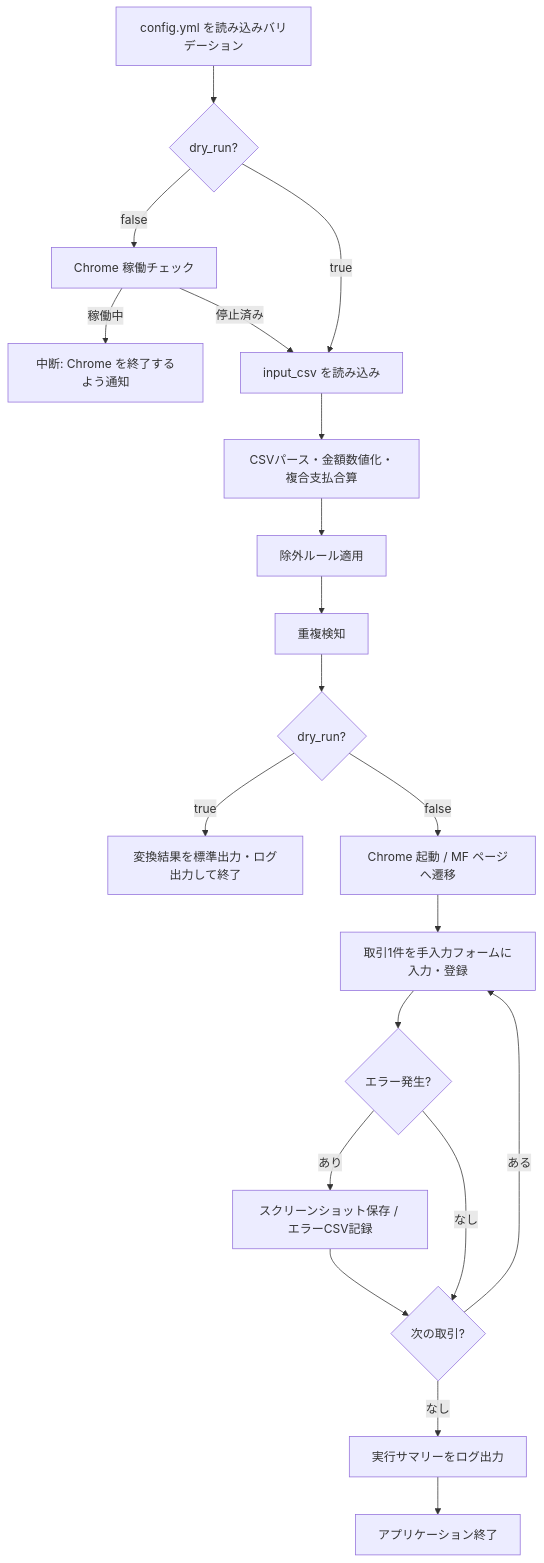
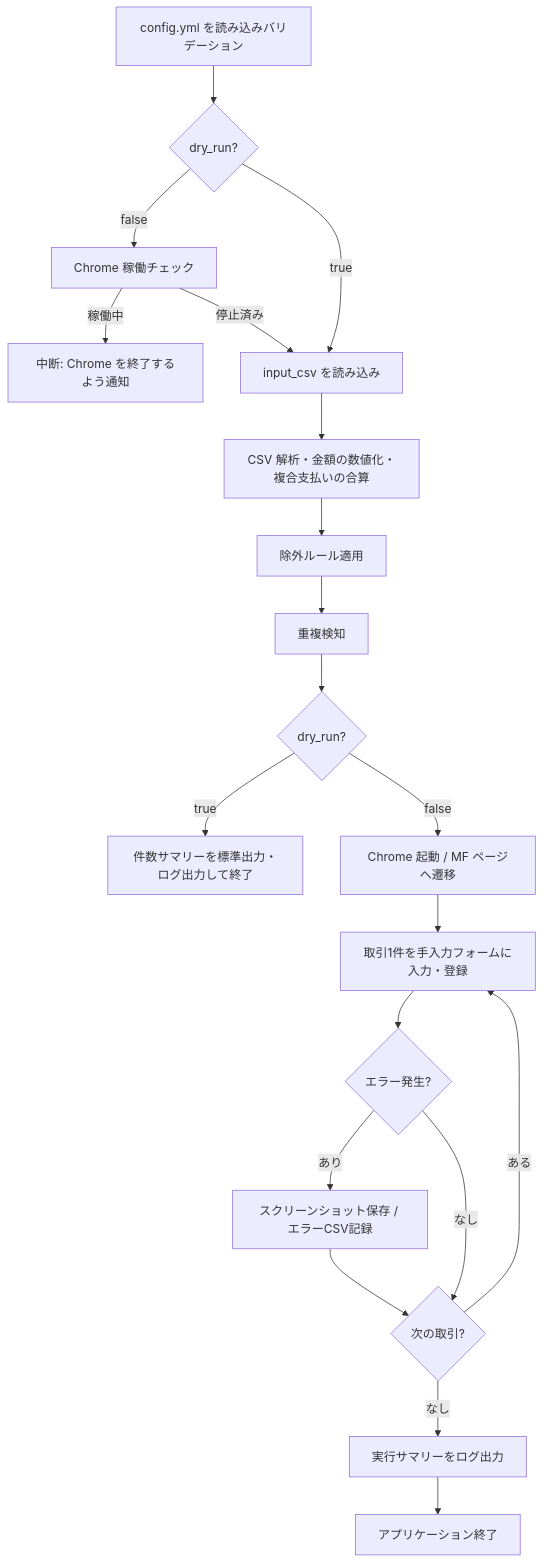
Before and after one commit to Shinoryo/PayPay2MF: the diagram in README.md, drawn with Mermaid. The commit also changed other lines of this file and 47 other files, not shown here.

````diff
--- a/README.md
+++ b/README.md
@@ -170,22 +292,22 @@
 ```mermaid
 flowchart TD
     A[config.yml を読み込みバリデーション] --> B{dry_run?}
     B -->|false| C[Chrome 稼働チェック]
     C -->|稼働中| D[中断: Chrome を終了するよう通知]
     C -->|停止済み| E[input_csv を読み込み]
     B -->|true| E
-    E --> F[CSVパース・金額数値化・複合支払合算]
+    E --> F[CSV 解析・金額の数値化・複合支払いの合算]
     F --> G[除外ルール適用]
     G --> H[重複検知]
     H --> I{dry_run?}
-    I -->|true| J[変換結果を標準出力・ログ出力して終了]
+    I -->|true| J[件数サマリーを標準出力・ログ出力して終了]
     I -->|false| K[Chrome 起動 / MF ページへ遷移]
     K --> L[取引1件を手入力フォームに入力・登録]
     L --> M{エラー発生?}
     M -->|あり| N[スクリーンショット保存 / エラーCSV記録]
     N --> O{次の取引?}
     M -->|なし| O
     O -->|ある| L
     O -->|なし| P[実行サマリーをログ出力]
     P --> Q[アプリケーション終了]
 ```
````
